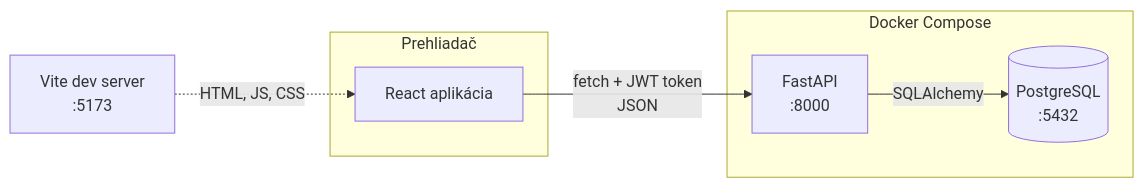
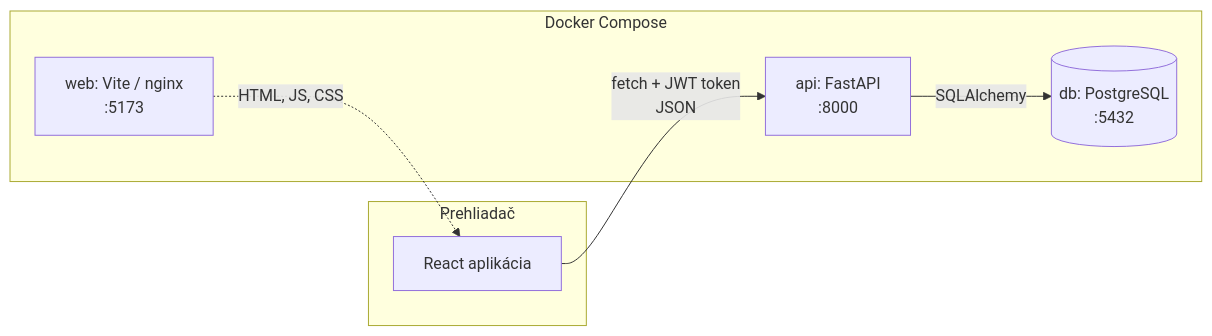
One commit to Matus1232/car-fleet- changed the first of 4 diagrams in README.md. Above: the diagram before and after it, drawn with Mermaid. The commit also changed other lines of this file and 8 other files, not shown here.

````diff
--- a/README.md
+++ b/README.md
@@ -31,11 +32,12 @@
 ```mermaid
 flowchart LR
     subgraph browser["Prehliadač"]
         F["React aplikácia"]
     end
-    V["Vite dev server<br>:5173"] -. "HTML, JS, CSS" .-> F
     F -- "fetch + JWT token<br>JSON" --> A
     subgraph docker["Docker Compose"]
-        A["FastAPI<br>:8000"] -- "SQLAlchemy" --> D[("PostgreSQL<br>:5432")]
+        W["web: Vite / nginx<br>:5173"]
+        A["api: FastAPI<br>:8000"] -- "SQLAlchemy" --> D[("db: PostgreSQL<br>:5432")]
     end
+    W -. "HTML, JS, CSS" .-> F
 ```
````
